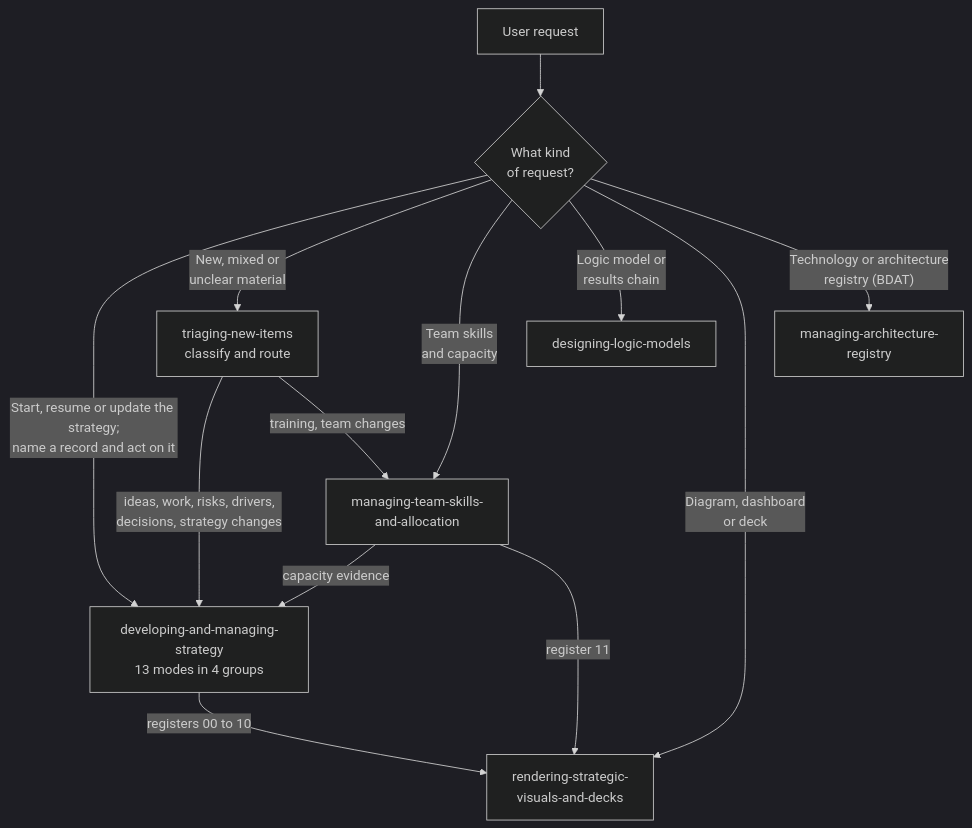
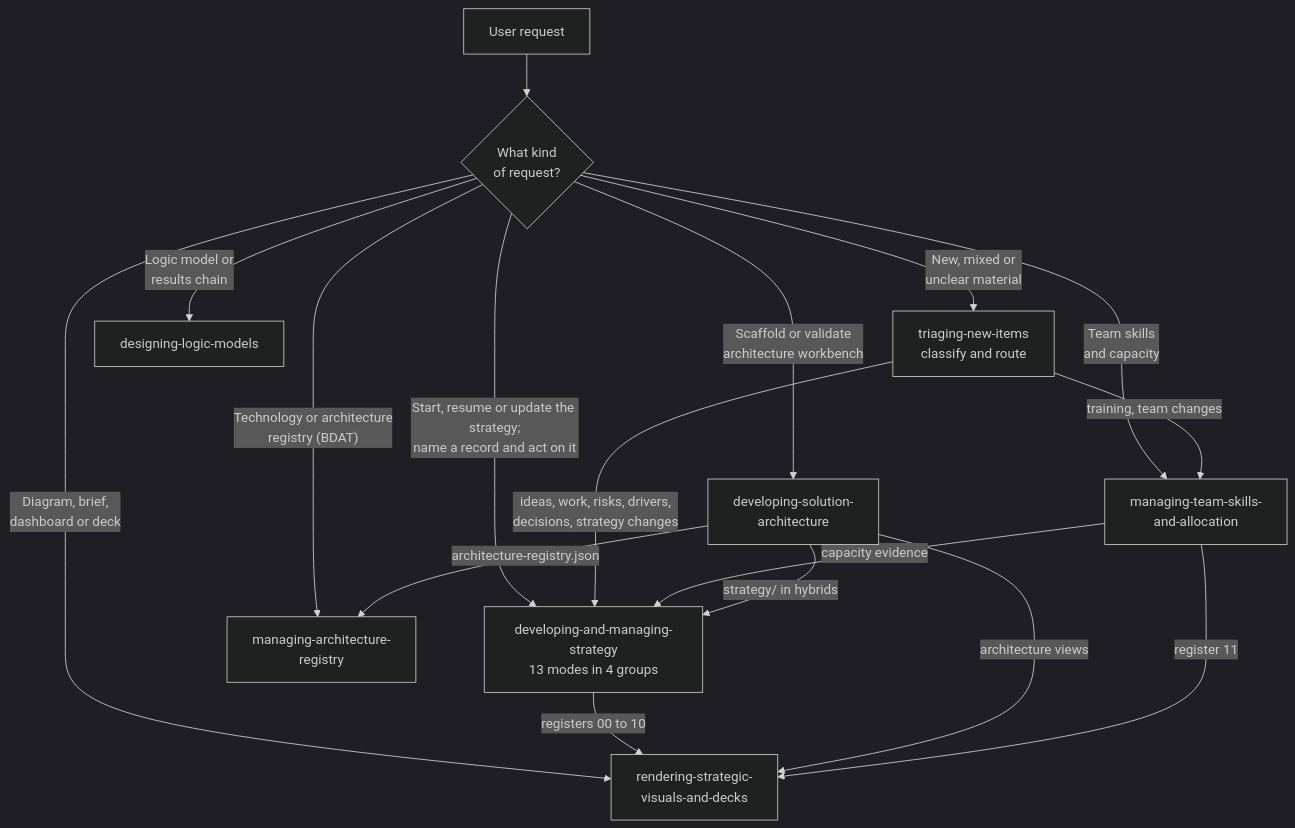
The fourth of 6 diagrams in architecture.md (bcgov/strategic-planning-workbench), drawn with Mermaid (dark theme) before and after one commit. The commit also changed other lines of this file and 34 other files, not shown here.

Commit message:
refactor(strategy): split developing-solution-architecture into standalone skill

````diff
--- a/architecture.md
+++ b/architecture.md
@@ -122,15 +122,19 @@
 ```mermaid
 flowchart TD
     U["User request"] --> Q{"What kind<br>of request?"}
     Q -->|"Start, resume or update the strategy;<br>name a record and act on it"| D["developing-and-managing-strategy<br>13 modes in 4 groups"]
+    Q -->|"Scaffold or validate<br>architecture workbench"| S["developing-solution-<br>architecture"]
     Q -->|"New, mixed or<br>unclear material"| T["triaging-new-items<br>classify and route"]
     Q -->|"Team skills<br>and capacity"| M["managing-team-skills-<br>and-allocation"]
     Q -->|"Logic model or<br>results chain"| L["designing-logic-models"]
-    Q -->|"Diagram, dashboard<br>or deck"| R["rendering-strategic-<br>visuals-and-decks"]
+    Q -->|"Diagram, brief,<br>dashboard or deck"| R["rendering-strategic-<br>visuals-and-decks"]
     Q -->|"Technology or architecture<br>registry (BDAT)"| A["managing-architecture-<br>registry"]
     T -->|"ideas, work, risks, drivers,<br>decisions, strategy changes"| D
     T -->|"training, team changes"| M
     M -->|"capacity evidence"| D
+    S -->|"strategy/ in hybrids"| D
+    S -->|"architecture-registry.json"| A
     D -->|"registers 00 to 10"| R
+    S -->|"architecture views"| R
     M -->|"register 11"| R
 ```
````
